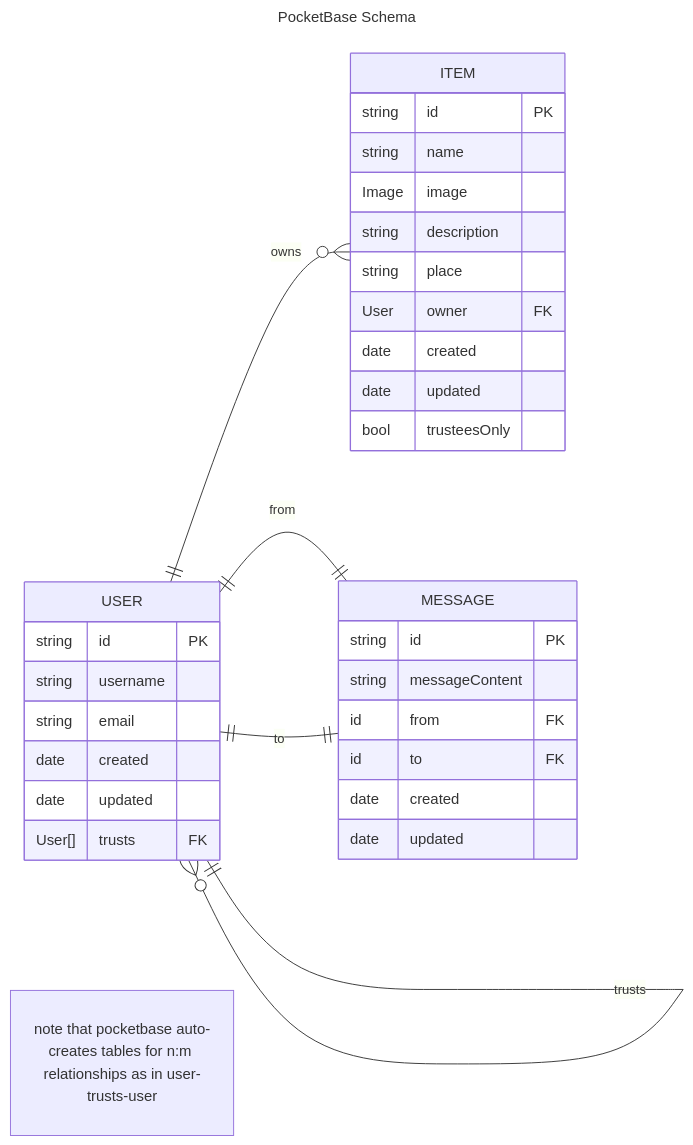
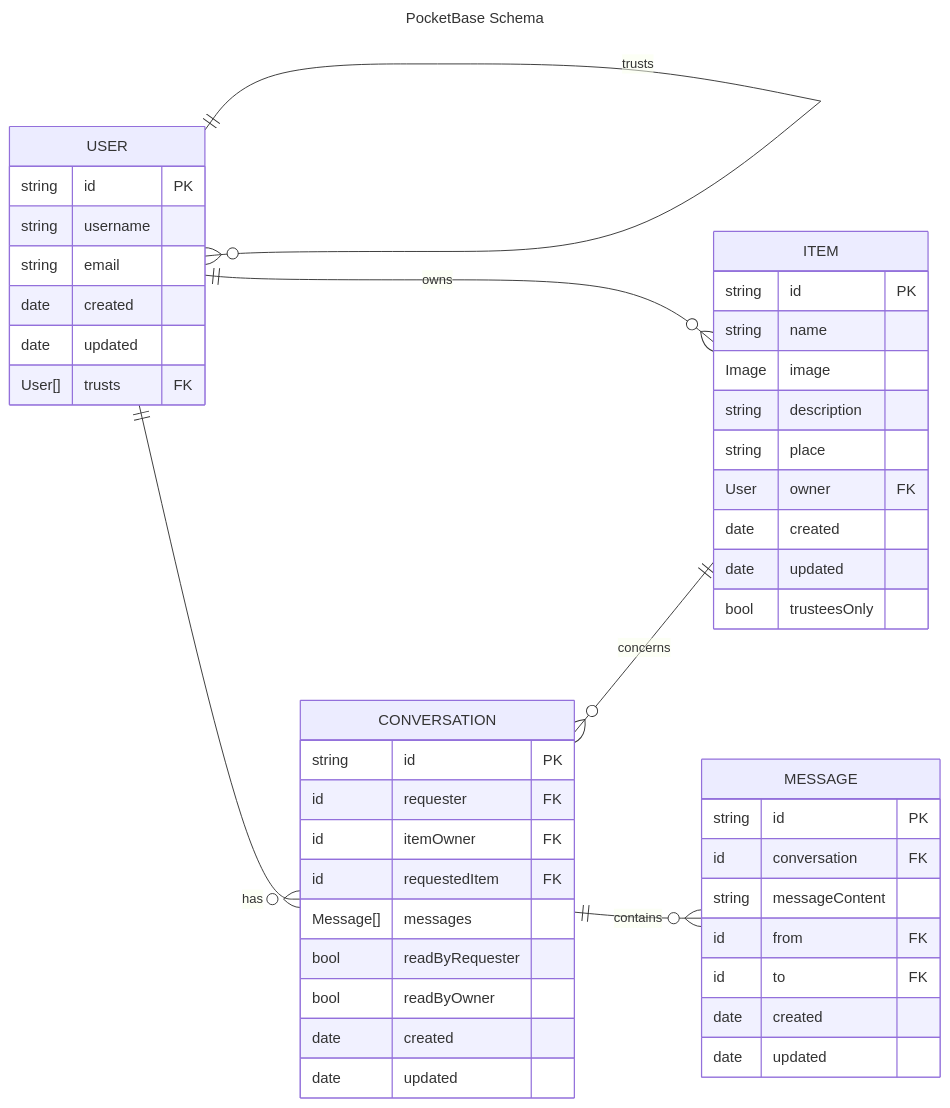
The diagram in docs/data-model.md (share-open-sharing-infrastructure/share-mvp), drawn with Mermaid before and after one commit. The commit also changed 2 other files, not shown here.

````diff
--- a/docs/data-model.md
+++ b/docs/data-model.md
@@ -7,44 +7,58 @@
 ```mermaid
 ---
 title: PocketBase Schema
 ---
 erDiagram
     direction LR
     USER{
         string id PK
         string username
         string email
         date created
         date updated
         User[] trusts FK
     }
     USER 1 to zero or more USER: "trusts"
-    "note that pocketbase auto-creates tables for n:m relationships as in user-trusts-user"
 
     ITEM{
         string id PK
         string name
         Image image
         string description
         string place
         User owner FK
         date created
         date updated
         bool trusteesOnly
     }
 
     USER 1 to zero or more ITEM: owns
 
+    CONVERSATION{
+        string id PK
+        id requester FK
+        id itemOwner FK
+        id requestedItem FK
+        Message[] messages
+        bool readByRequester
+        bool readByOwner
+        date created
+        date updated
+    }
+
+    USER 1 to zero or more CONVERSATION: has
+    CONVERSATION zero or more to 1 ITEM: concerns
+
     MESSAGE{
         string id PK
+        id conversation FK
         string messageContent
         id from FK
         id to FK
         date created
         date updated
     }
-
-    USER 1 to 1 MESSAGE: "from"
-    USER 1 to 1 MESSAGE: "to"
+    
+    CONVERSATION 1 to zero or more MESSAGE: contains
 
 ```
````
